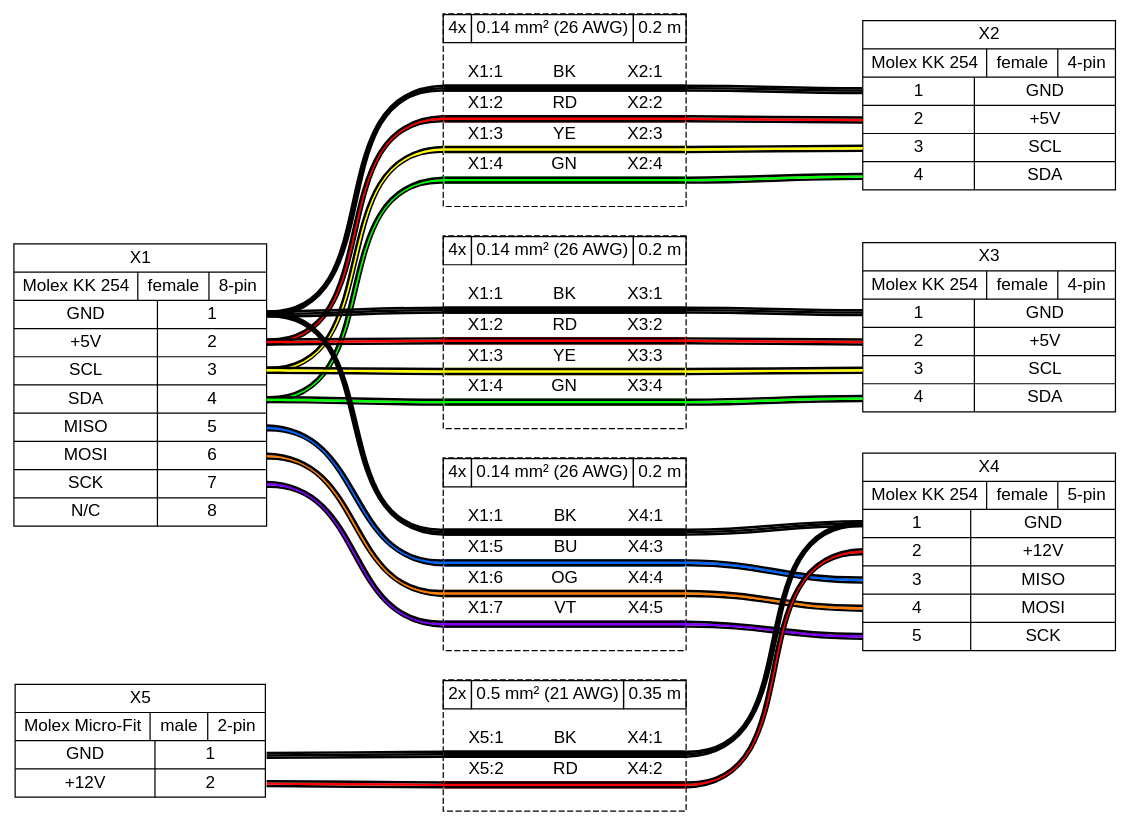
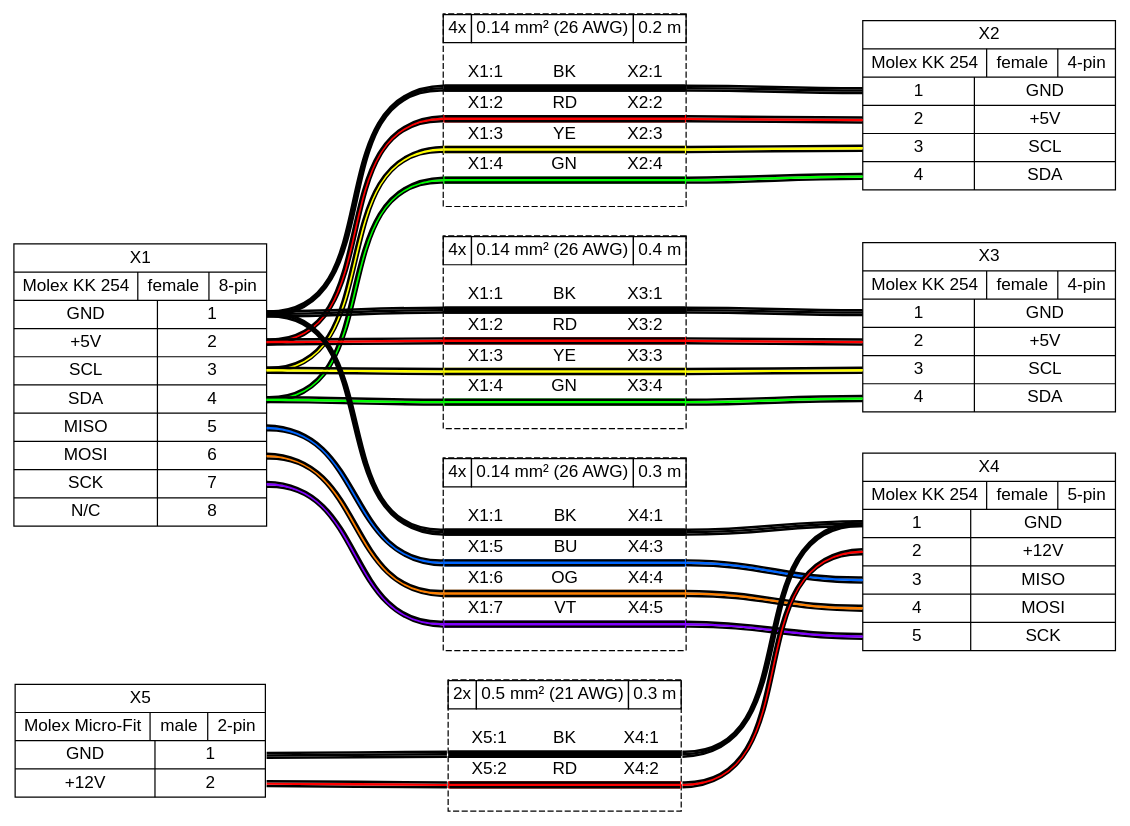
Before and after one commit to wireviz/WireViz: the diagram in examples/demo02.gv, drawn with Graphviz. The commit also changed 3 other files, not shown here.

```diff
--- a/examples/demo02.gv
+++ b/examples/demo02.gv
@@ -1,58 +1,58 @@
 graph {
 // Graph generated by WireViz
 // https://github.com/formatc1702/WireViz
 	graph [bgcolor=white fontname=arial nodesep=0.33 rankdir=LR ranksep=2]
 	node [fillcolor=white fontname=arial shape=record style=filled]
 	edge [fontname=arial style=bold]
 	X1 [label="X1|{Molex KK 254|female|8-pin}|{{GND|+5V|SCL|SDA|MISO|MOSI|SCK|N/C}|{<p1r>1|<p2r>2|<p3r>3|<p4r>4|<p5r>5|<p6r>6|<p7r>7|<p8r>8}}"]
 	X2 [label="X2|{Molex KK 254|female|4-pin}|{{<p1l>1|<p2l>2|<p3l>3|<p4l>4}|{GND|+5V|SCL|SDA}}"]
 	X3 [label="X3|{Molex KK 254|female|4-pin}|{{<p1l>1|<p2l>2|<p3l>3|<p4l>4}|{GND|+5V|SCL|SDA}}"]
 	X4 [label="X4|{Molex KK 254|female|5-pin}|{{<p1l>1|<p2l>2|<p3l>3|<p4l>4|<p5l>5}|{GND|+12V|MISO|MOSI|SCK}}"]
 	X5 [label="X5|{Molex Micro-Fit|male|2-pin}|{{GND|+12V}|{<p1r>1|<p2r>2}}"]
 	edge [color="#000000:#000000:#000000"]
 	X1:p1r:e -- W1:w1:w
 	W1:w1:e -- X2:p1l:w
 	edge [color="#000000:#ff0000:#000000"]
 	X1:p2r:e -- W1:w2:w
 	W1:w2:e -- X2:p2l:w
 	edge [color="#000000:#ffff00:#000000"]
 	X1:p3r:e -- W1:w3:w
 	W1:w3:e -- X2:p3l:w
 	edge [color="#000000:#00ff00:#000000"]
 	X1:p4r:e -- W1:w4:w
 	W1:w4:e -- X2:p4l:w
 	W1 [label=<<table border="0" cellspacing="0" cellpadding="0"><tr><td><table border="0" cellspacing="0" cellpadding="3" cellborder="1"><tr><td>4x</td><td>0.14 mm² (26 AWG)</td><td>0.2 m</td></tr></table></td></tr><tr><td>&nbsp;</td></tr><tr><td><table border="0" cellspacing="0" cellborder="0"><tr><td>X1:1</td><td>BK</td><td>X2:1</td></tr><tr><td colspan="3" cellpadding="0" height="6" bgcolor="#000000" border="2" sides="tb" port="w1"></td></tr><tr><td>X1:2</td><td>RD</td><td>X2:2</td></tr><tr><td colspan="3" cellpadding="0" height="6" bgcolor="#ff0000" border="2" sides="tb" port="w2"></td></tr><tr><td>X1:3</td><td>YE</td><td>X2:3</td></tr><tr><td colspan="3" cellpadding="0" height="6" bgcolor="#ffff00" border="2" sides="tb" port="w3"></td></tr><tr><td>X1:4</td><td>GN</td><td>X2:4</td></tr><tr><td colspan="3" cellpadding="0" height="6" bgcolor="#00ff00" border="2" sides="tb" port="w4"></td></tr><tr><td>&nbsp;</td></tr></table></td></tr></table>> fillcolor=white margin=0 shape=box style="filled,dashed"]
 	edge [color="#000000:#000000:#000000"]
 	X1:p1r:e -- W2:w1:w
 	W2:w1:e -- X3:p1l:w
 	edge [color="#000000:#ff0000:#000000"]
 	X1:p2r:e -- W2:w2:w
 	W2:w2:e -- X3:p2l:w
 	edge [color="#000000:#ffff00:#000000"]
 	X1:p3r:e -- W2:w3:w
 	W2:w3:e -- X3:p3l:w
 	edge [color="#000000:#00ff00:#000000"]
 	X1:p4r:e -- W2:w4:w
 	W2:w4:e -- X3:p4l:w
-	W2 [label=<<table border="0" cellspacing="0" cellpadding="0"><tr><td><table border="0" cellspacing="0" cellpadding="3" cellborder="1"><tr><td>4x</td><td>0.14 mm² (26 AWG)</td><td>0.2 m</td></tr></table></td></tr><tr><td>&nbsp;</td></tr><tr><td><table border="0" cellspacing="0" cellborder="0"><tr><td>X1:1</td><td>BK</td><td>X3:1</td></tr><tr><td colspan="3" cellpadding="0" height="6" bgcolor="#000000" border="2" sides="tb" port="w1"></td></tr><tr><td>X1:2</td><td>RD</td><td>X3:2</td></tr><tr><td colspan="3" cellpadding="0" height="6" bgcolor="#ff0000" border="2" sides="tb" port="w2"></td></tr><tr><td>X1:3</td><td>YE</td><td>X3:3</td></tr><tr><td colspan="3" cellpadding="0" height="6" bgcolor="#ffff00" border="2" sides="tb" port="w3"></td></tr><tr><td>X1:4</td><td>GN</td><td>X3:4</td></tr><tr><td colspan="3" cellpadding="0" height="6" bgcolor="#00ff00" border="2" sides="tb" port="w4"></td></tr><tr><td>&nbsp;</td></tr></table></td></tr></table>> fillcolor=white margin=0 shape=box style="filled,dashed"]
+	W2 [label=<<table border="0" cellspacing="0" cellpadding="0"><tr><td><table border="0" cellspacing="0" cellpadding="3" cellborder="1"><tr><td>4x</td><td>0.14 mm² (26 AWG)</td><td>0.4 m</td></tr></table></td></tr><tr><td>&nbsp;</td></tr><tr><td><table border="0" cellspacing="0" cellborder="0"><tr><td>X1:1</td><td>BK</td><td>X3:1</td></tr><tr><td colspan="3" cellpadding="0" height="6" bgcolor="#000000" border="2" sides="tb" port="w1"></td></tr><tr><td>X1:2</td><td>RD</td><td>X3:2</td></tr><tr><td colspan="3" cellpadding="0" height="6" bgcolor="#ff0000" border="2" sides="tb" port="w2"></td></tr><tr><td>X1:3</td><td>YE</td><td>X3:3</td></tr><tr><td colspan="3" cellpadding="0" height="6" bgcolor="#ffff00" border="2" sides="tb" port="w3"></td></tr><tr><td>X1:4</td><td>GN</td><td>X3:4</td></tr><tr><td colspan="3" cellpadding="0" height="6" bgcolor="#00ff00" border="2" sides="tb" port="w4"></td></tr><tr><td>&nbsp;</td></tr></table></td></tr></table>> fillcolor=white margin=0 shape=box style="filled,dashed"]
 	edge [color="#000000:#000000:#000000"]
 	X1:p1r:e -- W3:w1:w
 	W3:w1:e -- X4:p1l:w
 	edge [color="#000000:#0066ff:#000000"]
 	X1:p5r:e -- W3:w2:w
 	W3:w2:e -- X4:p3l:w
 	edge [color="#000000:#ff8000:#000000"]
 	X1:p6r:e -- W3:w3:w
 	W3:w3:e -- X4:p4l:w
 	edge [color="#000000:#8000ff:#000000"]
 	X1:p7r:e -- W3:w4:w
 	W3:w4:e -- X4:p5l:w
-	W3 [label=<<table border="0" cellspacing="0" cellpadding="0"><tr><td><table border="0" cellspacing="0" cellpadding="3" cellborder="1"><tr><td>4x</td><td>0.14 mm² (26 AWG)</td><td>0.2 m</td></tr></table></td></tr><tr><td>&nbsp;</td></tr><tr><td><table border="0" cellspacing="0" cellborder="0"><tr><td>X1:1</td><td>BK</td><td>X4:1</td></tr><tr><td colspan="3" cellpadding="0" height="6" bgcolor="#000000" border="2" sides="tb" port="w1"></td></tr><tr><td>X1:5</td><td>BU</td><td>X4:3</td></tr><tr><td colspan="3" cellpadding="0" height="6" bgcolor="#0066ff" border="2" sides="tb" port="w2"></td></tr><tr><td>X1:6</td><td>OG</td><td>X4:4</td></tr><tr><td colspan="3" cellpadding="0" height="6" bgcolor="#ff8000" border="2" sides="tb" port="w3"></td></tr><tr><td>X1:7</td><td>VT</td><td>X4:5</td></tr><tr><td colspan="3" cellpadding="0" height="6" bgcolor="#8000ff" border="2" sides="tb" port="w4"></td></tr><tr><td>&nbsp;</td></tr></table></td></tr></table>> fillcolor=white margin=0 shape=box style="filled,dashed"]
+	W3 [label=<<table border="0" cellspacing="0" cellpadding="0"><tr><td><table border="0" cellspacing="0" cellpadding="3" cellborder="1"><tr><td>4x</td><td>0.14 mm² (26 AWG)</td><td>0.3 m</td></tr></table></td></tr><tr><td>&nbsp;</td></tr><tr><td><table border="0" cellspacing="0" cellborder="0"><tr><td>X1:1</td><td>BK</td><td>X4:1</td></tr><tr><td colspan="3" cellpadding="0" height="6" bgcolor="#000000" border="2" sides="tb" port="w1"></td></tr><tr><td>X1:5</td><td>BU</td><td>X4:3</td></tr><tr><td colspan="3" cellpadding="0" height="6" bgcolor="#0066ff" border="2" sides="tb" port="w2"></td></tr><tr><td>X1:6</td><td>OG</td><td>X4:4</td></tr><tr><td colspan="3" cellpadding="0" height="6" bgcolor="#ff8000" border="2" sides="tb" port="w3"></td></tr><tr><td>X1:7</td><td>VT</td><td>X4:5</td></tr><tr><td colspan="3" cellpadding="0" height="6" bgcolor="#8000ff" border="2" sides="tb" port="w4"></td></tr><tr><td>&nbsp;</td></tr></table></td></tr></table>> fillcolor=white margin=0 shape=box style="filled,dashed"]
 	edge [color="#000000:#000000:#000000"]
 	X5:p1r:e -- W4:w1:w
 	W4:w1:e -- X4:p1l:w
 	edge [color="#000000:#ff0000:#000000"]
 	X5:p2r:e -- W4:w2:w
 	W4:w2:e -- X4:p2l:w
-	W4 [label=<<table border="0" cellspacing="0" cellpadding="0"><tr><td><table border="0" cellspacing="0" cellpadding="3" cellborder="1"><tr><td>2x</td><td>0.5 mm² (21 AWG)</td><td>0.35 m</td></tr></table></td></tr><tr><td>&nbsp;</td></tr><tr><td><table border="0" cellspacing="0" cellborder="0"><tr><td>X5:1</td><td>BK</td><td>X4:1</td></tr><tr><td colspan="3" cellpadding="0" height="6" bgcolor="#000000" border="2" sides="tb" port="w1"></td></tr><tr><td>X5:2</td><td>RD</td><td>X4:2</td></tr><tr><td colspan="3" cellpadding="0" height="6" bgcolor="#ff0000" border="2" sides="tb" port="w2"></td></tr><tr><td>&nbsp;</td></tr></table></td></tr></table>> fillcolor=white margin=0 shape=box style="filled,dashed"]
+	W4 [label=<<table border="0" cellspacing="0" cellpadding="0"><tr><td><table border="0" cellspacing="0" cellpadding="3" cellborder="1"><tr><td>2x</td><td>0.5 mm² (21 AWG)</td><td>0.3 m</td></tr></table></td></tr><tr><td>&nbsp;</td></tr><tr><td><table border="0" cellspacing="0" cellborder="0"><tr><td>X5:1</td><td>BK</td><td>X4:1</td></tr><tr><td colspan="3" cellpadding="0" height="6" bgcolor="#000000" border="2" sides="tb" port="w1"></td></tr><tr><td>X5:2</td><td>RD</td><td>X4:2</td></tr><tr><td colspan="3" cellpadding="0" height="6" bgcolor="#ff0000" border="2" sides="tb" port="w2"></td></tr><tr><td>&nbsp;</td></tr></table></td></tr></table>> fillcolor=white margin=0 shape=box style="filled,dashed"]
 }
```
